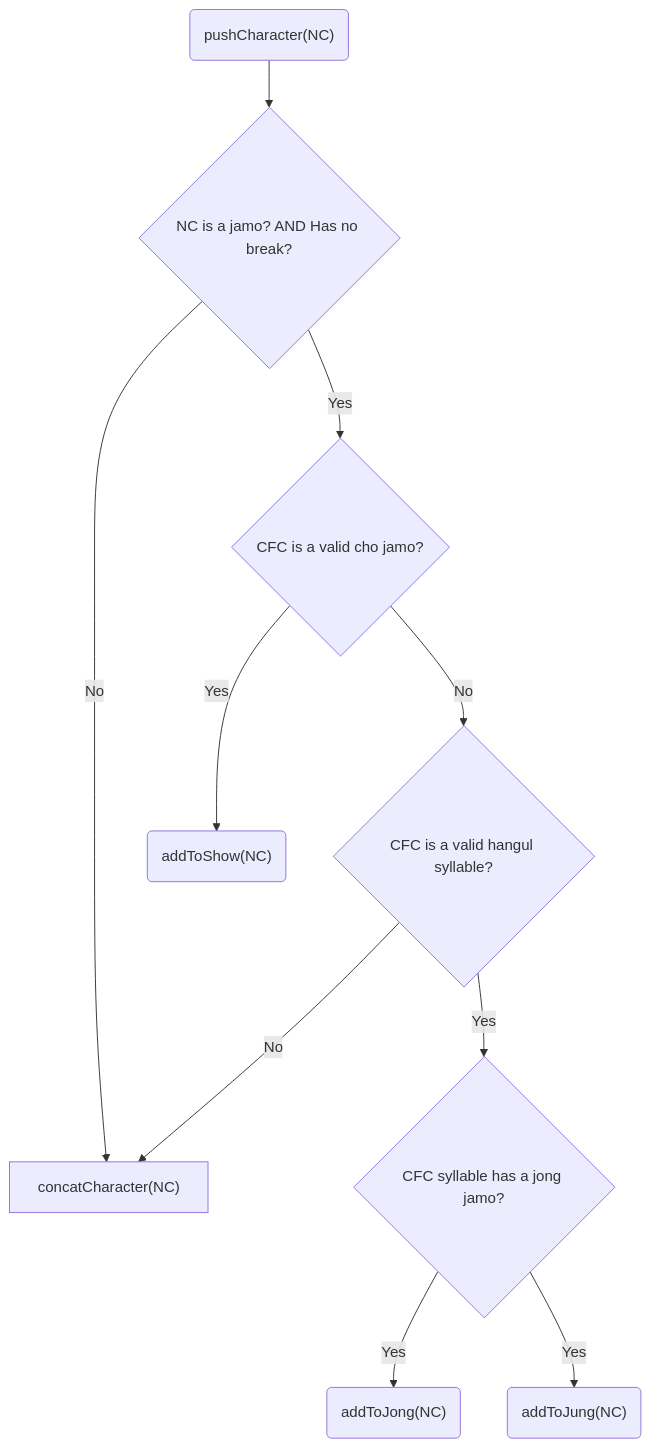
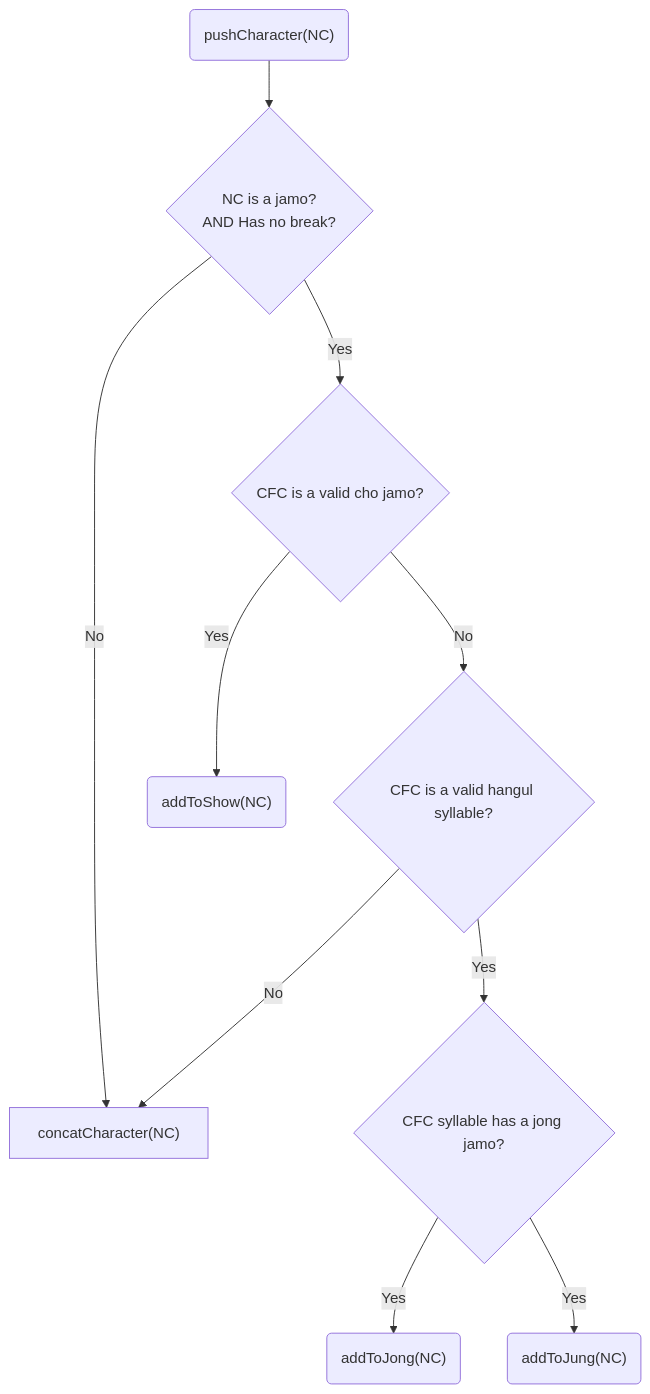
One commit to gsouf/dart-hangul changed the first of 4 diagrams in doc/dev/hangul_input_flow.md. Above: the diagram before and after it, drawn with Mermaid. The commit also changed other lines of this file, not shown here.

````diff
--- a/doc/dev/hangul_input_flow.md
+++ b/doc/dev/hangul_input_flow.md
@@ -19,12 +20,12 @@
 ```mermaid
 graph TD
-  A("pushCharacter(NC)") --> B{NC is a jamo? AND Has no break?}
+  A("pushCharacter(NC)") --> B{NC is a jamo? <br/> AND Has no break?}
   B --> |No| C["concatCharacter(NC)"]
   B --> |Yes| D{CFC is a valid cho jamo?}
   D --> |Yes| E("addToShow(NC)")
   D --> |No| F{CFC is a valid hangul syllable?}
   F --> |No| C
   F --> |Yes| G{CFC syllable has a jong jamo?}
   G --> |Yes| H("addToJong(NC)")
   G --> |Yes| I("addToJung(NC)")
 ```
````
